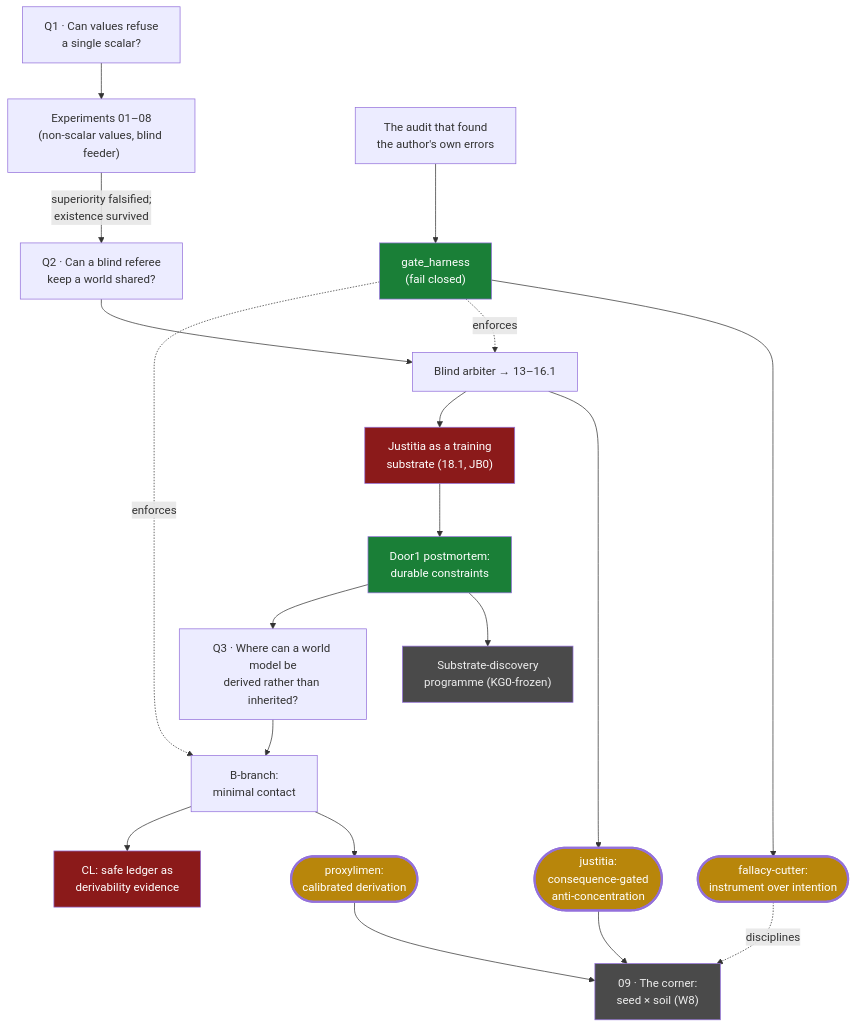
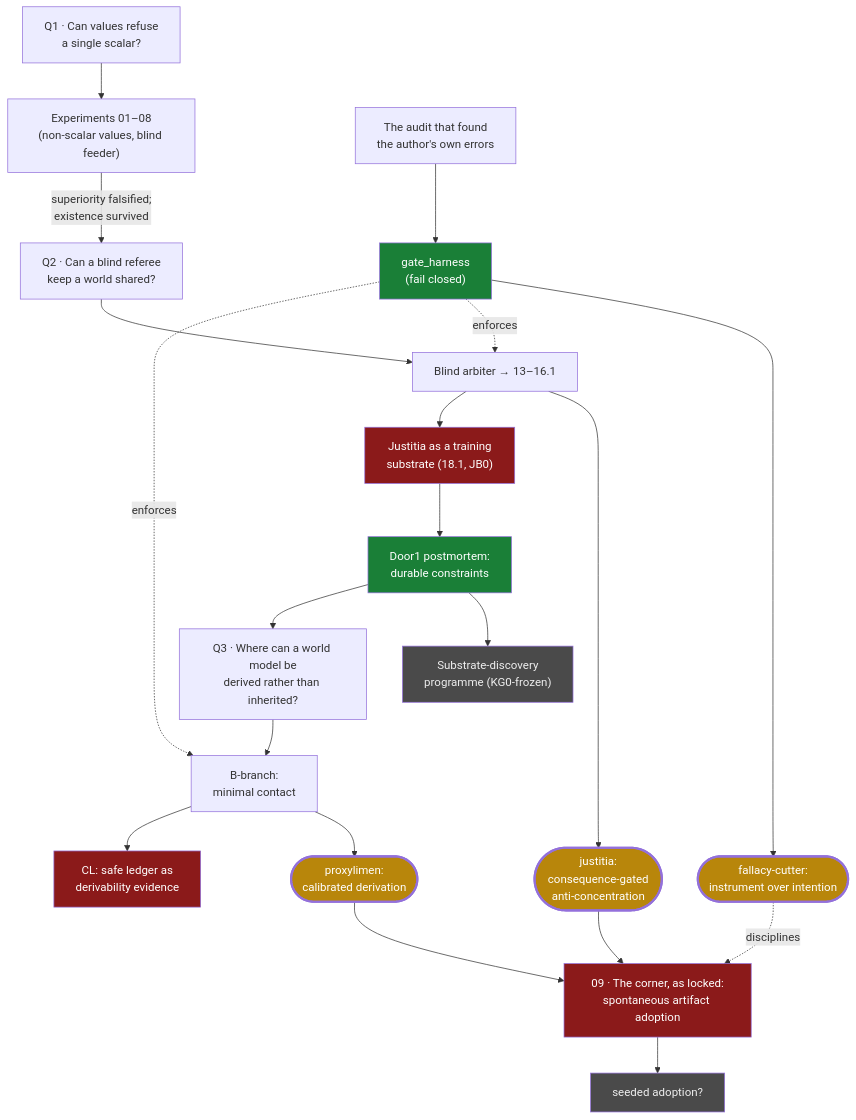
Before and after one commit to Kirill-Kruglov/ascesis: the diagram in README.md, drawn with Mermaid. The commit also changed other lines of this file and 1 other file, not shown here.

Commit message:
Line 09 turns red: the corner, as locked, is empty
Opened, preregistered, run, and killed within one day - the forge's fastest
full cycle. The joint kill-condition fired: verified procedural artifacts
neither widened the pressure domain nor restored the sword's specificity. The
decisive observation reframes the death honestly: declaration propensity,
required to evolve from zero, never spread (mean share ~0.003) - the corner is
empty, or evolution never walked into it, and the locked claim cannot tell
these apart. That indistinguishability is recorded as the next question's name
(seeded adoption, grey, unpromised). H-C2's preregistered VACUOUS verdict fired
exactly as designed. At no point did the map show this line flattering.

````diff
--- a/README.md
+++ b/README.md
@@ -22,26 +22,27 @@
 ```mermaid
 flowchart TD
     classDef verified fill:#1a7f37,color:#fff
     classDef falsified fill:#8b1a1a,color:#fff
     classDef open fill:#4a4a4a,color:#eee
     classDef concl fill:#b8860b,color:#fff,stroke-width:3px
 
     Q1["Q1 · Can values refuse<br/>a single scalar?"] --> E["Experiments 01–08<br/>(non-scalar values, blind feeder)"]
     E -->|"superiority falsified;<br/>existence survived"| Q2["Q2 · Can a blind referee<br/>keep a world shared?"]
     Q2 --> J["Blind arbiter → 13–16.1"]
     J --> JC(["justitia:<br/>consequence-gated<br/>anti-concentration"]):::concl
     J --> S["Justitia as a training<br/>substrate (18.1, JB0)"]:::falsified
     S --> D1["Door1 postmortem:<br/>durable constraints"]:::verified
     D1 --> SD["Substrate-discovery<br/>programme (KG0-frozen)"]:::open
     D1 --> Q3["Q3 · Where can a world model be<br/>derived rather than inherited?"]
     Q3 --> B["B-branch:<br/>minimal contact"]
     B --> PC(["proxylimen:<br/>calibrated derivation"]):::concl
     B --> CL["CL: safe ledger as<br/>derivability evidence"]:::falsified
     A["The audit that found<br/>the author's own errors"] --> G["gate_harness<br/>(fail closed)"]:::verified
     G --> FC(["fallacy-cutter:<br/>instrument over intention"]):::concl
     G -. enforces .-> J
     G -. enforces .-> B
-    PC --> X["09 · The corner:<br/>seed × soil (W8)"]:::open
+    PC --> X["09 · The corner, as locked:<br/>spontaneous artifact adoption"]:::falsified
     JC --> X
     FC -. disciplines .-> X
+    X --> X2["seeded adoption?"]:::open
 ```
````
